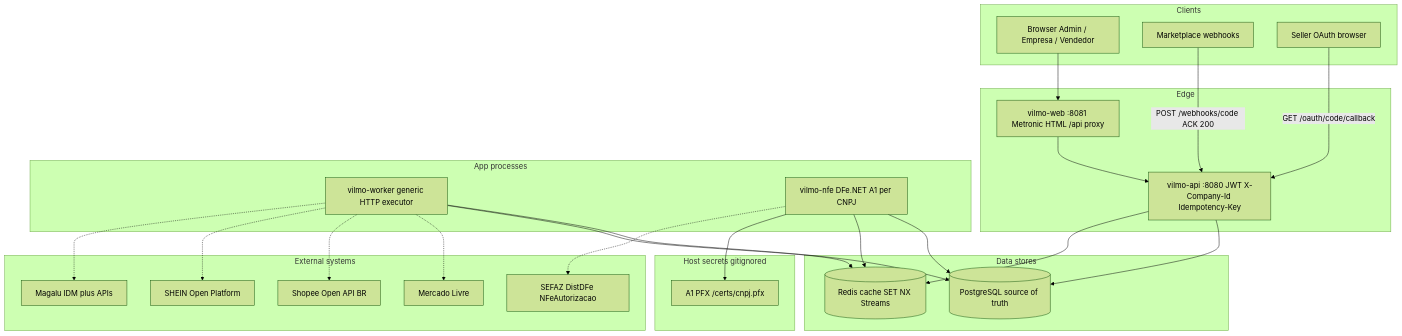
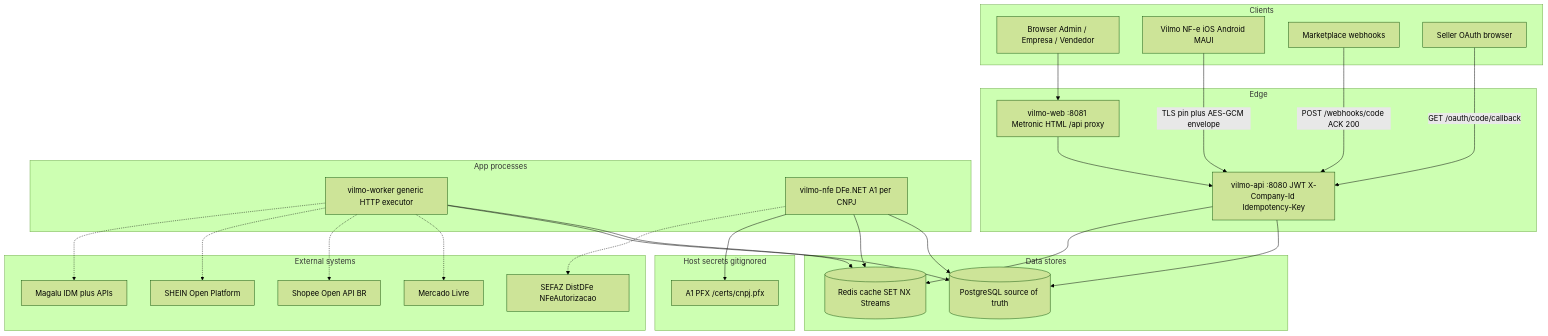
One commit to andrevilmo/VilmoMarketingEngine changed the diagram in MD/architecture/arch_01_services.mmd. Above: the diagram before and after it, drawn with Mermaid (forest theme). The commit also changed 9 other files, not shown here.

```diff
--- a/MD/architecture/arch_01_services.mmd
+++ b/MD/architecture/arch_01_services.mmd
@@ -1,52 +1,54 @@
 flowchart TB
   subgraph clients ["Clients"]
     browser["Browser Admin / Empresa / Vendedor"]
+    mobile["Vilmo NF-e iOS Android MAUI"]
     mpHook["Marketplace webhooks"]
     oauthUser["Seller OAuth browser"]
   end
 
   subgraph edge ["Edge"]
     web["vilmo-web :8081 Metronic HTML /api proxy"]
     api["vilmo-api :8080 JWT X-Company-Id Idempotency-Key"]
   end
 
   subgraph apps ["App processes"]
     worker["vilmo-worker generic HTTP executor"]
     nfe["vilmo-nfe DFe.NET A1 per CNPJ"]
   end
 
   subgraph data ["Data stores"]
     pg[("PostgreSQL source of truth")]
     redis[("Redis cache SET NX Streams")]
   end
 
   subgraph secrets ["Host secrets gitignored"]
     pfx["A1 PFX /certs/cnpj.pfx"]
   end
 
   subgraph ext ["External systems"]
     ml["Mercado Livre"]
     shopee["Shopee Open API BR"]
     shein["SHEIN Open Platform"]
     magalu["Magalu IDM plus APIs"]
     sefaz["SEFAZ DistDFe NFeAutorizacao"]
   end
 
   browser --> web
+  mobile -->|"TLS pin plus AES-GCM envelope"| api
   web --> api
   mpHook -->|"POST /webhooks/code ACK 200"| api
   oauthUser -->|"GET /oauth/code/callback"| api
 
   api --> pg
   api --> redis
   worker --> pg
   worker --> redis
   nfe --> pg
   nfe --> redis
   nfe --> pfx
 
   worker -.-> ml
   worker -.-> shopee
   worker -.-> shein
   worker -.-> magalu
   nfe -.-> sefaz
```
